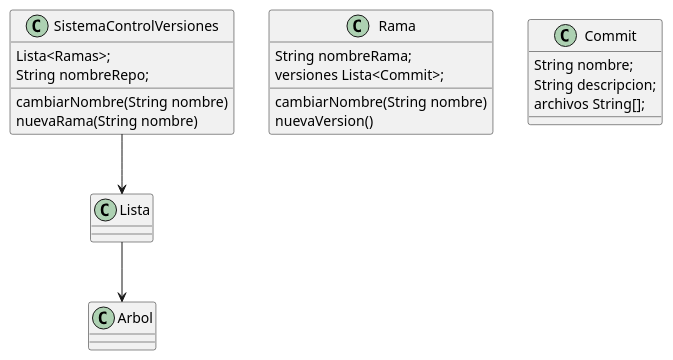
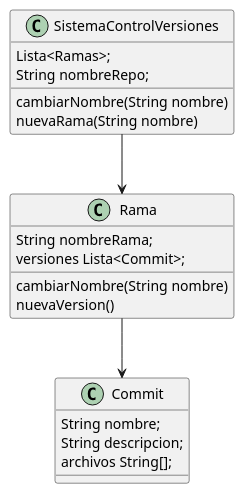
Before and after one commit to mmasias/24-25-EDA1: the diagram in entregas/deCosSaul/reto-005/ControlVersiones.puml, drawn with PlantUML. The commit also changed 1 other file, not shown here.

```diff
--- a/entregas/deCosSaul/reto-005/ControlVersiones.puml
+++ b/entregas/deCosSaul/reto-005/ControlVersiones.puml
@@ -1,21 +1,21 @@
 @startuml
 class SistemaControlVersiones{
   Lista<Ramas>;
   String nombreRepo;
   cambiarNombre(String nombre)
   nuevaRama(String nombre)
 }
 class Rama{
   String nombreRama;
   versiones Lista<Commit>;
   cambiarNombre(String nombre)
   nuevaVersion()
 }
 class Commit{
   String nombre;
   String descripcion;
   archivos String[];
 }
-SistemaControlVersiones --> Lista
-Lista --> Arbol
+SistemaControlVersiones --> Rama
+Rama --> Commit
 @enduml
```
